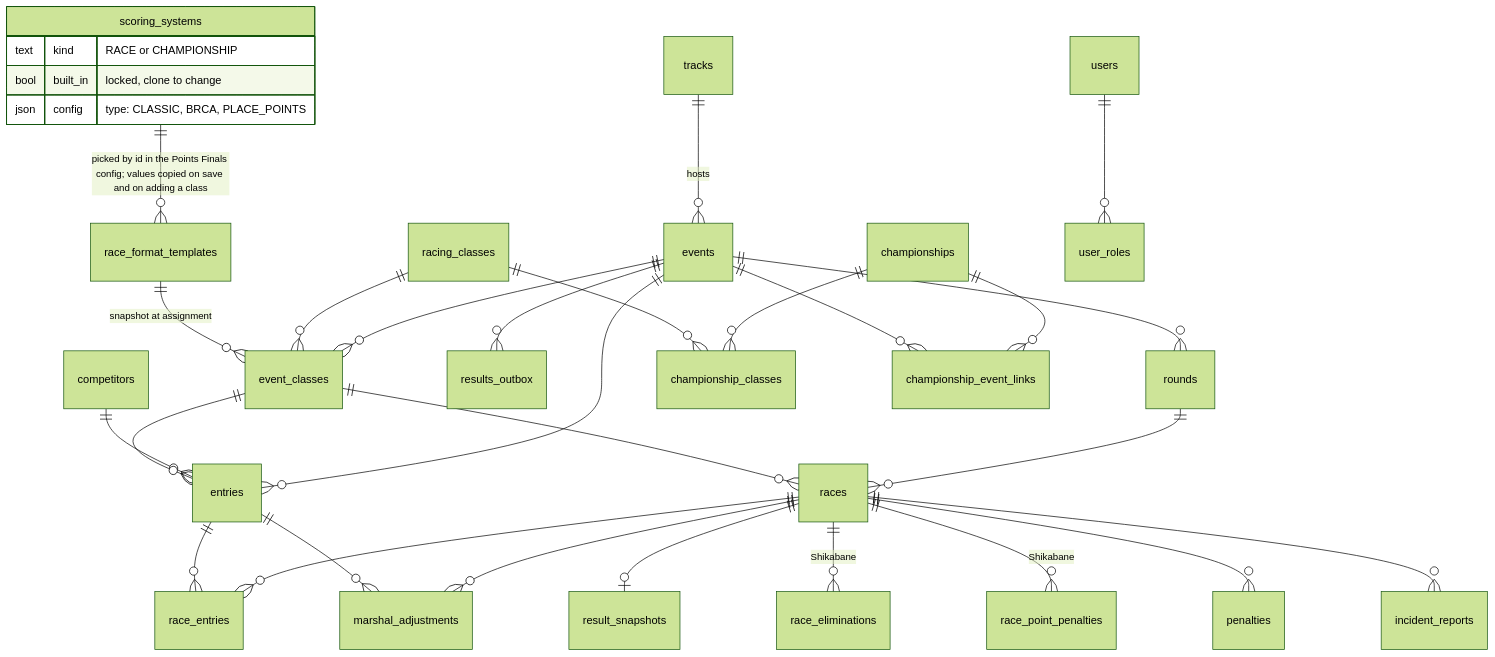
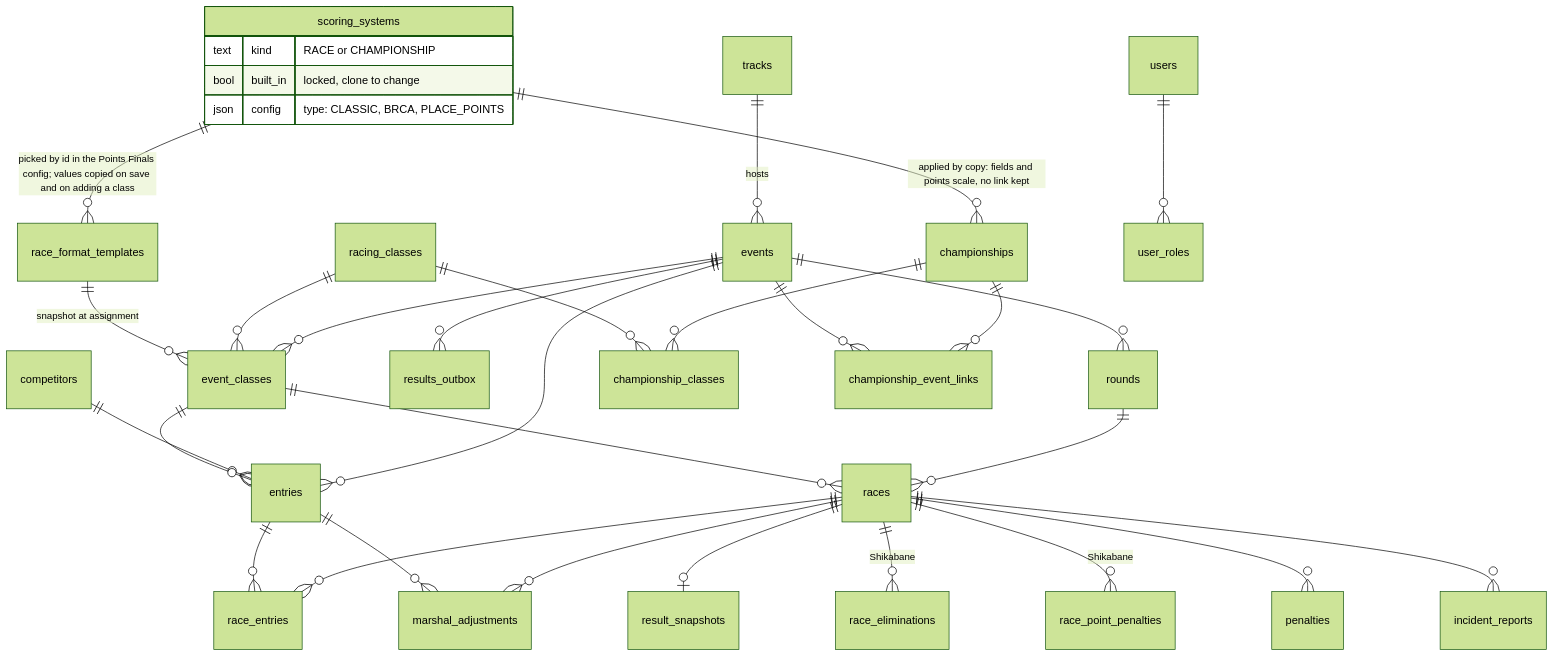
One commit to RCRaceHub/RCTimingControl changed the third of 3 diagrams in docs/developer/domain-model.md. Above: the diagram before and after it, drawn with Mermaid (forest theme). The commit also changed 11 other files, not shown here.

First line of the commit message:
Championships can apply a scoring system (#438) (#442)

````diff
--- a/docs/developer/domain-model.md
+++ b/docs/developer/domain-model.md
@@ -158,34 +158,35 @@
 ```mermaid
 erDiagram
     tracks ||--o{ events : "hosts"
     events ||--o{ event_classes : ""
     events ||--o{ rounds : ""
     events ||--o{ entries : ""
     events ||--o{ results_outbox : ""
     racing_classes ||--o{ event_classes : ""
     race_format_templates ||--o{ event_classes : "snapshot at assignment"
     scoring_systems ||--o{ race_format_templates : "picked by id in the Points Finals config; values copied on save and on adding a class"
+    scoring_systems ||--o{ championships : "applied by copy: fields and points scale, no link kept"
     scoring_systems {
         text kind "RACE or CHAMPIONSHIP"
         bool built_in "locked, clone to change"
         json config "type: CLASSIC, BRCA, PLACE_POINTS"
     }
     competitors ||--o{ entries : ""
     event_classes ||--o{ entries : ""
     rounds ||--o{ races : ""
     event_classes ||--o{ races : ""
     races ||--o{ race_entries : ""
     entries ||--o{ race_entries : ""
     races ||--o| result_snapshots : ""
     races ||--o{ marshal_adjustments : ""
     races ||--o{ race_eliminations : "Shikabane"
     races ||--o{ race_point_penalties : "Shikabane"
     races ||--o{ penalties : ""
     races ||--o{ incident_reports : ""
     entries ||--o{ marshal_adjustments : ""
     championships ||--o{ championship_classes : ""
     championships ||--o{ championship_event_links : ""
     events ||--o{ championship_event_links : ""
     racing_classes ||--o{ championship_classes : ""
     users ||--o{ user_roles : ""
 ```
````
